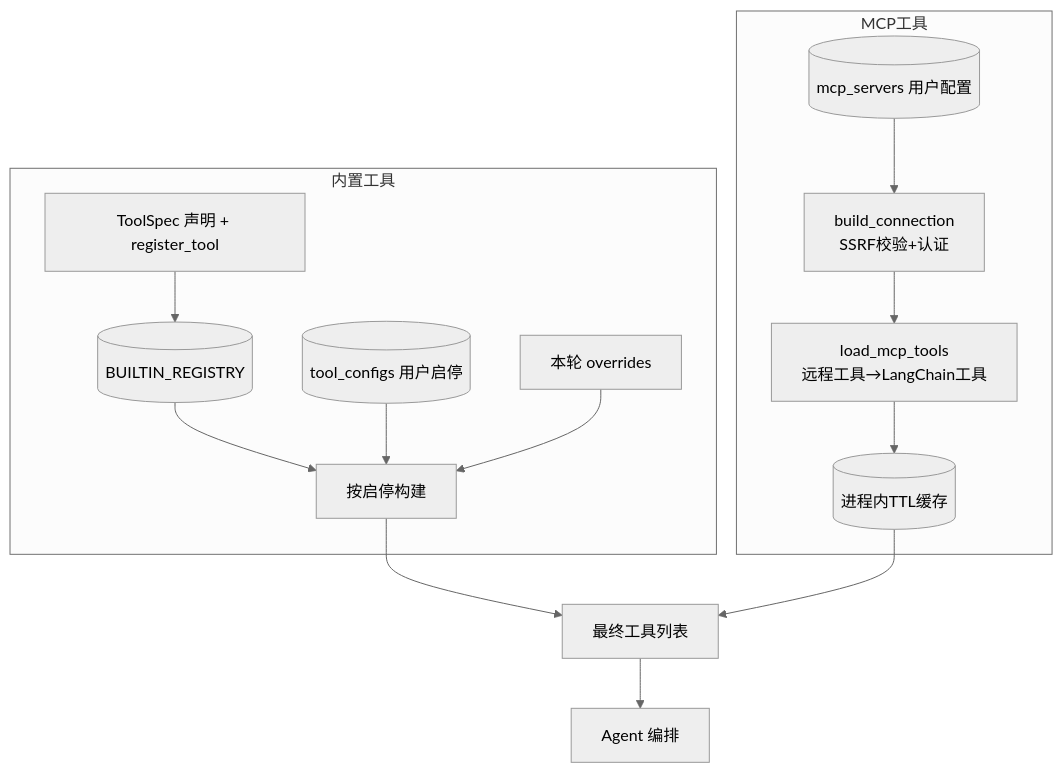
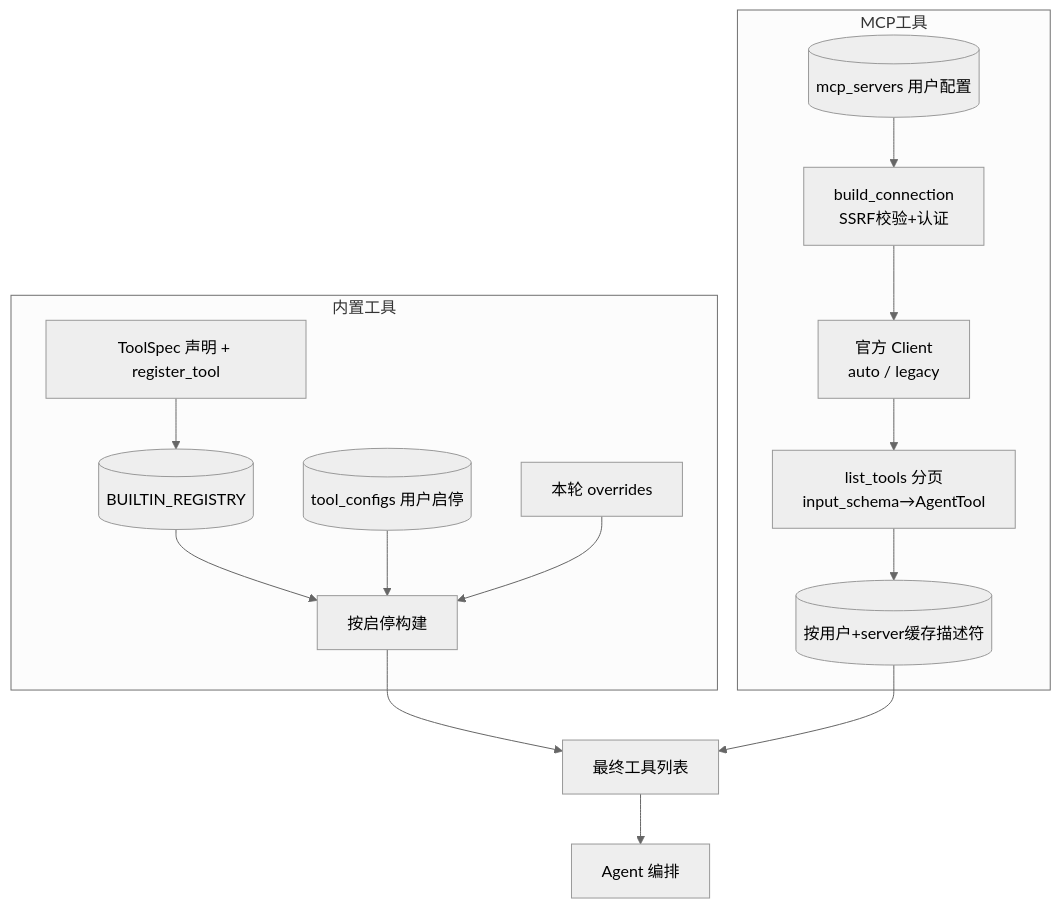
Before and after one commit to CvNoobLrx/echo: the diagram in docs/03-Agent核心/02-工具注册中心与MCP接入.md, drawn with Mermaid (neutral theme). The commit also changed other lines of this file and 70 other files, not shown here.

````diff
--- a/docs/03-Agent核心/02-工具注册中心与MCP接入.md
+++ b/docs/03-Agent核心/02-工具注册中心与MCP接入.md
@@ -25,17 +25,18 @@
 ```mermaid
 flowchart TD
   subgraph 内置工具
     SPEC[ToolSpec 声明 + register_tool] --> REG[(BUILTIN_REGISTRY)]
     REG --> BUILD[按启停构建]
     CFG[(tool_configs 用户启停)] --> BUILD
     OV[本轮 overrides] --> BUILD
   end
   subgraph MCP工具
     MS[(mcp_servers 用户配置)] --> CONN[build_connection<br/>SSRF校验+认证]
-    CONN --> LOAD[load_mcp_tools<br/>远程工具→LangChain工具]
-    LOAD --> CACHE[(进程内TTL缓存)]
+    CONN --> CLIENT[官方 Client<br/>auto / legacy]
+    CLIENT --> LOAD[list_tools 分页<br/>input_schema→AgentTool]
+    LOAD --> CACHE[(按用户+server缓存描述符)]
   end
   BUILD --> TOOLS[最终工具列表]
   CACHE --> TOOLS
   TOOLS --> AGENT[Agent 编排]
 ```
````
